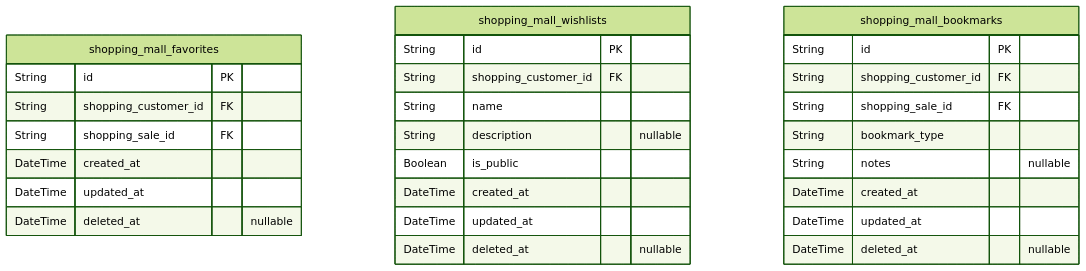
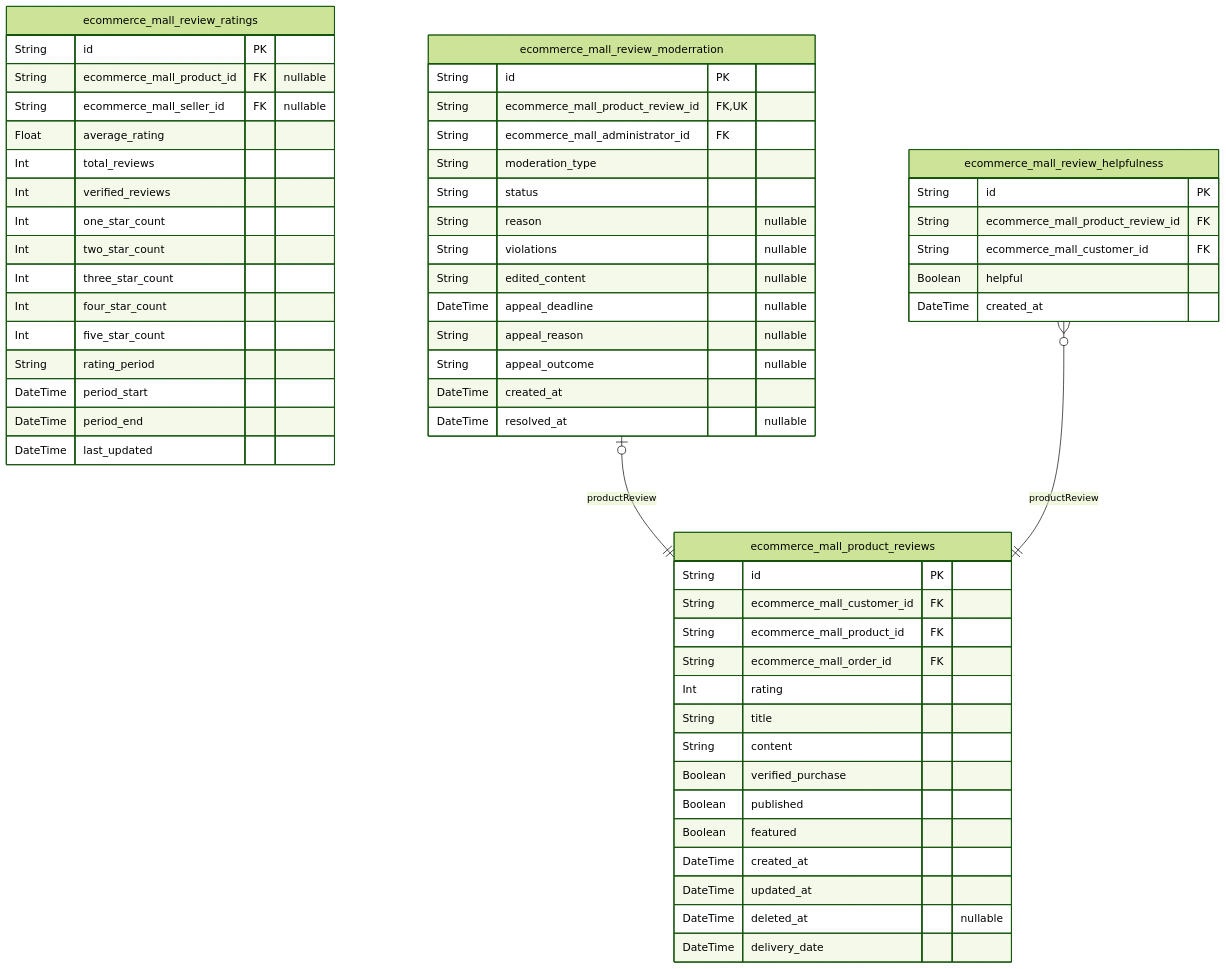
One commit to wrtnlabs/autobe-examples changed the ninth of 11 diagrams in moonshotai/kimi-k2-0905-exacto/shopping/docs/ERD.md. Above: the diagram before and after it, drawn with Mermaid (forest theme). The commit also changed other lines of this file and 3761 other files, not shown here.

````diff
--- a/moonshotai/kimi-k2-0905-exacto/shopping/docs/ERD.md
+++ b/moonshotai/kimi-k2-0905-exacto/shopping/docs/ERD.md
@@ -1649,31 +2746,60 @@
 ```mermaid
 erDiagram
-"shopping_mall_favorites" {
+"ecommerce_mall_product_reviews" {
   String id PK
-  String shopping_customer_id FK
-  String shopping_sale_id FK
+  String ecommerce_mall_customer_id FK
+  String ecommerce_mall_product_id FK
+  String ecommerce_mall_order_id FK
+  Int rating
+  String title
+  String content
+  Boolean verified_purchase
+  Boolean published
+  Boolean featured
   DateTime created_at
   DateTime updated_at
   DateTime deleted_at "nullable"
+  DateTime delivery_date
 }
-"shopping_mall_wishlists" {
+"ecommerce_mall_review_ratings" {
   String id PK
-  String shopping_customer_id FK
-  String name
-  String description "nullable"
-  Boolean is_public
+  String ecommerce_mall_product_id FK "nullable"
+  String ecommerce_mall_seller_id FK "nullable"
+  Float average_rating
+  Int total_reviews
+  Int verified_reviews
+  Int one_star_count
+  Int two_star_count
+  Int three_star_count
+  Int four_star_count
+  Int five_star_count
+  String rating_period
+  DateTime period_start
+  DateTime period_end
+  DateTime last_updated
+}
+"ecommerce_mall_review_moderration" {
+  String id PK
+  String ecommerce_mall_product_review_id FK,UK
+  String ecommerce_mall_administrator_id FK
+  String moderation_type
+  String status
+  String reason "nullable"
+  String violations "nullable"
+  String edited_content "nullable"
+  DateTime appeal_deadline "nullable"
+  String appeal_reason "nullable"
+  String appeal_outcome "nullable"
   DateTime created_at
-  DateTime updated_at
-  DateTime deleted_at "nullable"
+  DateTime resolved_at "nullable"
 }
-"shopping_mall_bookmarks" {
+"ecommerce_mall_review_helpfulness" {
   String id PK
-  String shopping_customer_id FK
-  String shopping_sale_id FK
-  String bookmark_type
-  String notes "nullable"
+  String ecommerce_mall_product_review_id FK
+  String ecommerce_mall_customer_id FK
+  Boolean helpful
   DateTime created_at
-  DateTime updated_at
-  DateTime deleted_at "nullable"
 }
+"ecommerce_mall_review_moderration" |o--|| "ecommerce_mall_product_reviews" : productReview
+"ecommerce_mall_review_helpfulness" }o--|| "ecommerce_mall_product_reviews" : productReview
 ```
````
